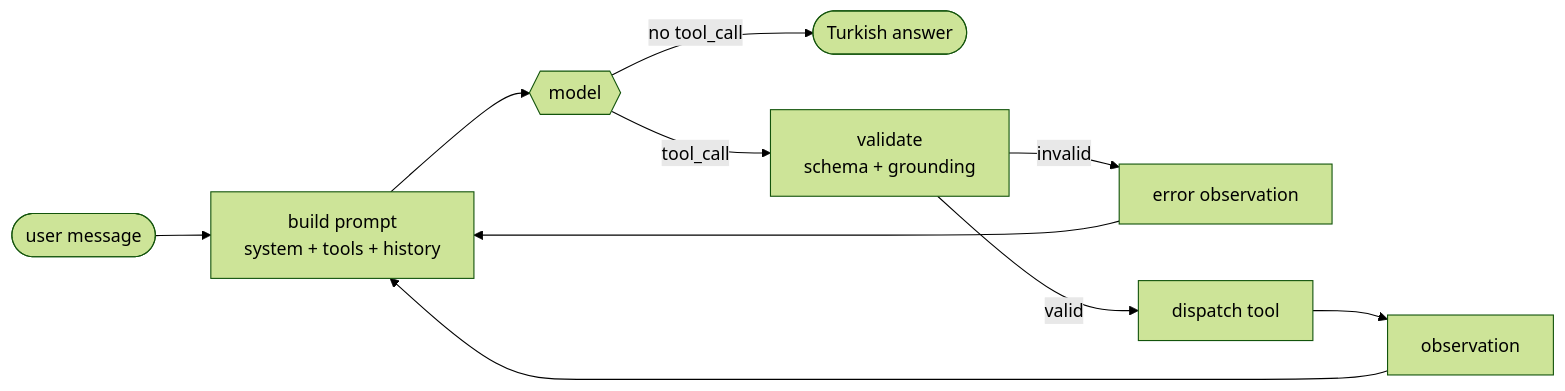
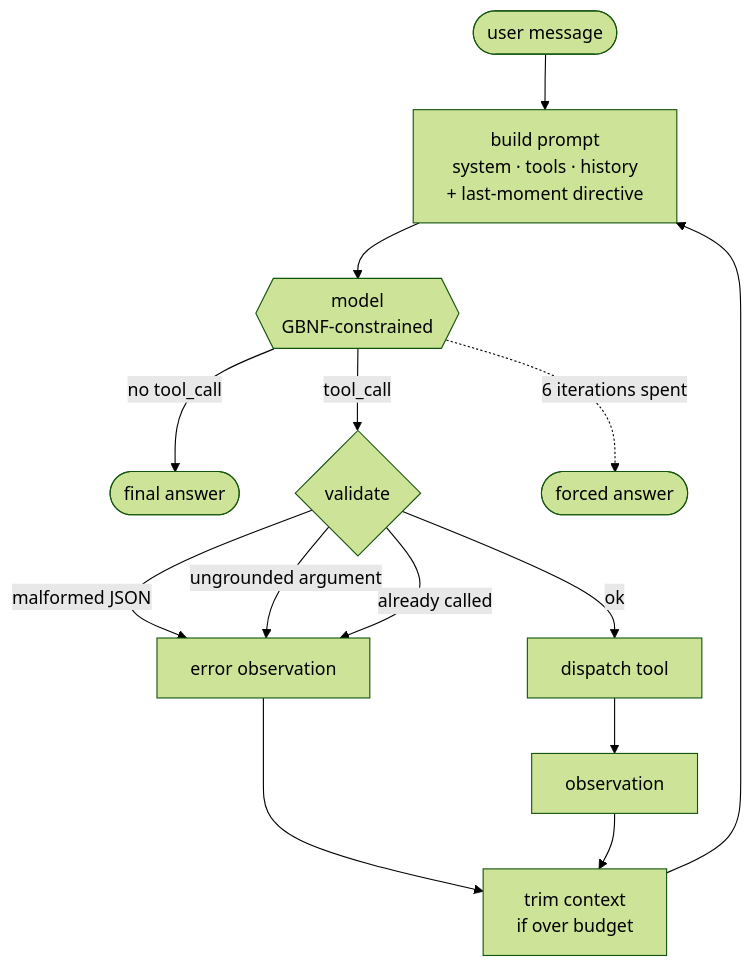
The diagram in README.md (BerhakTanyildizi/llama-tr-agent), drawn with Mermaid (forest theme) before and after one commit. The commit also changed other lines of this file, not shown here.

Commit message:
Update README diagram to match the current loop

````diff
--- a/README.md
+++ b/README.md
@@ -71,12 +71,15 @@
 ```mermaid
-flowchart LR
-    U([user message]) --> P[build prompt<br/>system + tools + history]
-    P --> M{{model}}
-    M -->|no tool_call| A([Turkish answer])
-    M -->|tool_call| V[validate<br/>schema + grounding]
-    V -->|invalid| O[error observation]
-    V -->|valid| D[dispatch tool]
-    D --> O2[observation]
-    O --> P
-    O2 --> P
+flowchart TD
+    U([user message]) --> P
+    P["build prompt<br/>system · tools · history<br/>+ last-moment directive"] --> M
+    M{{"model<br/>GBNF-constrained"}} -->|no tool_call| A([final answer])
+    M -->|tool_call| V{validate}
+    V -->|"malformed JSON"| O
+    V -->|"ungrounded argument"| O
+    V -->|"already called"| O["error observation"]
+    V -->|ok| D["dispatch tool"] --> O2["observation"]
+    O --> T
+    O2 --> T["trim context<br/>if over budget"]
+    T --> P
+    M -.->|"6 iterations spent"| G([forced answer])
 ```
````
